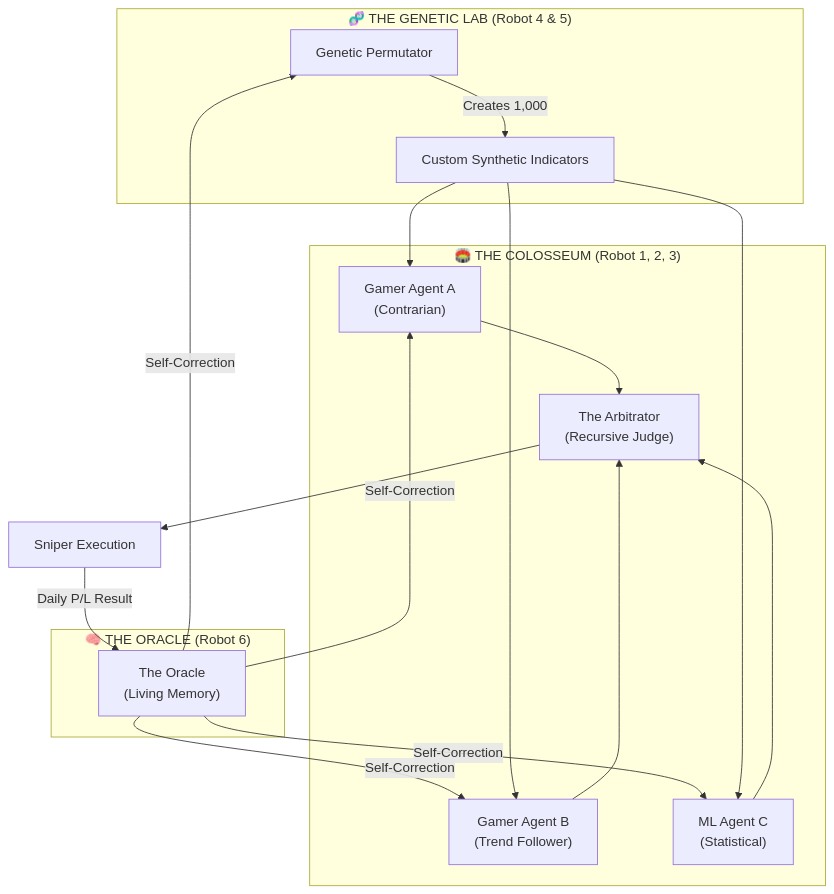
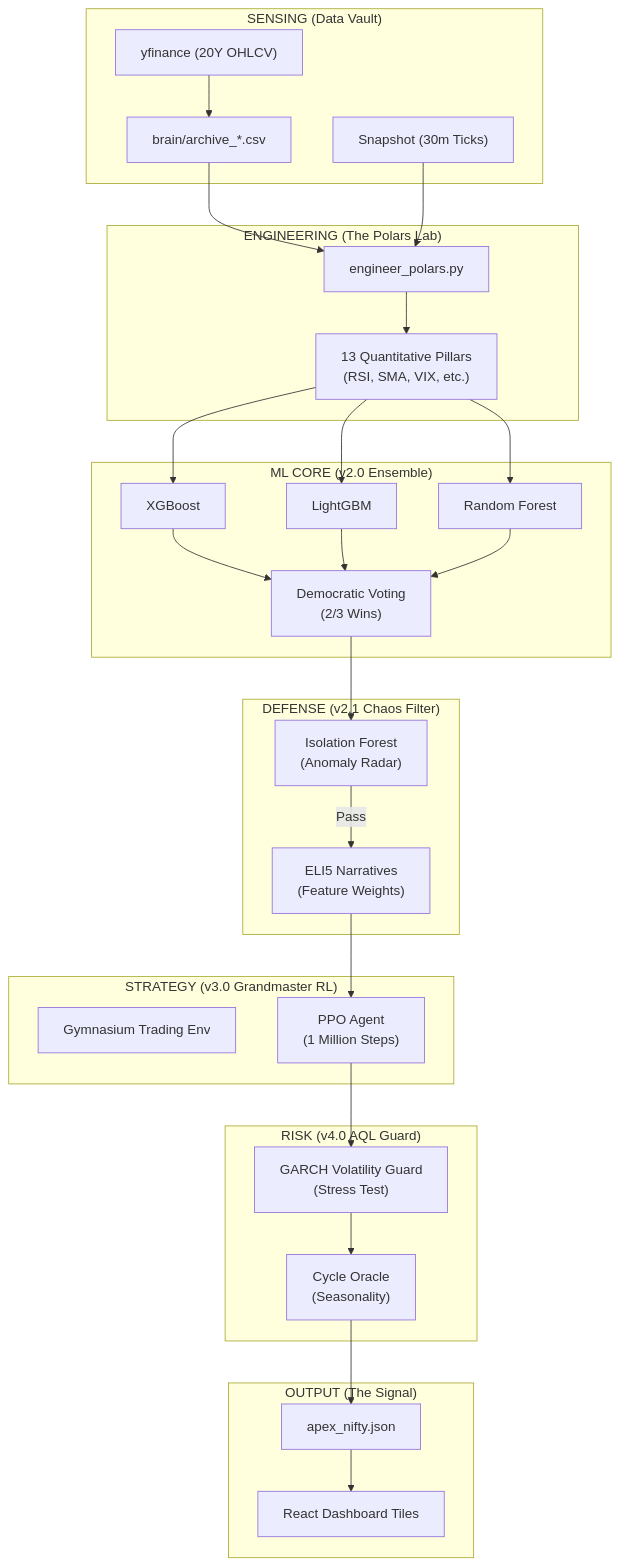
The first of 4 diagrams in README.md (pravindev666/Tradyx-Aleph), drawn with Mermaid before and after one commit. The commit also changed other lines of this file, not shown here.

````diff
--- a/README.md
+++ b/README.md
@@ -40,24 +15,53 @@
 ```mermaid
 graph TD
-    subgraph "🧬 THE GENETIC LAB (Robot 4 & 5)"
-        GEN["Genetic Permutator"] -->|Creates 1,000| INDI["Custom Synthetic Indicators"]
+    subgraph "SENSING (Data Vault)"
+        YF["yfinance (20Y OHLCV)"]
+        LIVE["Snapshot (30m Ticks)"]
+        ARCH["brain/archive_*.csv"]
     end
 
-    subgraph "🏟️ THE COLOSSEUM (Robot 1, 2, 3)"
-        R1["Gamer Agent A\n(Contrarian)"]
-        R2["Gamer Agent B\n(Trend Follower)"]
-        R3["ML Agent C\n(Statistical)"]
-        JUDGE["The Arbitrator\n(Recursive Judge)"]
-        
-        R1 & R2 & R3 --> JUDGE
+    subgraph "ENGINEERING (The Polars Lab)"
+        POLY["engineer_polars.py"]
+        FEAT["13 Quantitative Pillars\n(RSI, SMA, VIX, etc.)"]
     end
 
-    subgraph "🧠 THE ORACLE (Robot 6)"
-        ORACLE["The Oracle\n(Living Memory)"]
-        ORACLE -->|Self-Correction| R1 & R2 & R3 & GEN
+    subgraph "ML CORE (v2.0 Ensemble)"
+        XGB["XGBoost"]
+        LGB["LightGBM"]
+        RF["Random Forest"]
+        VOTE["Democratic Voting\n(2/3 Wins)"]
     end
 
-    INDI --> R1 & R2 & R3
-    JUDGE --> EXEC["Sniper Execution"]
-    EXEC -->|Daily P/L Result| ORACLE
+    subgraph "DEFENSE (v2.1 Chaos Filter)"
+        ISO["Isolation Forest\n(Anomaly Radar)"]
+        ELI5["ELI5 Narratives\n(Feature Weights)"]
+    end
+
+    subgraph "STRATEGY (v3.0 Grandmaster RL)"
+        ENV["Gymnasium Trading Env"]
+        PPO["PPO Agent\n(1 Million Steps)"]
+    end
+
+    subgraph "RISK (v4.0 AQL Guard)"
+        GARCH["GARCH Volatility Guard\n(Stress Test)"]
+        DARTS["Cycle Oracle\n(Seasonality)"]
+    end
+
+    subgraph "OUTPUT (The Signal)"
+        JSON["apex_nifty.json"]
+        UI["React Dashboard Tiles"]
+    end
+
+    YF --> ARCH --> POLY
+    LIVE --> POLY
+    POLY --> FEAT
+    FEAT --> XGB & LGB & RF
+    XGB & LGB & RF --> VOTE
+    VOTE --> ISO
+    ISO -->|Pass| ELI5
+    ELI5 --> PPO
+    PPO --> GARCH
+    GARCH --> DARTS
+    DARTS --> JSON
+    JSON --> UI
 ```
````
